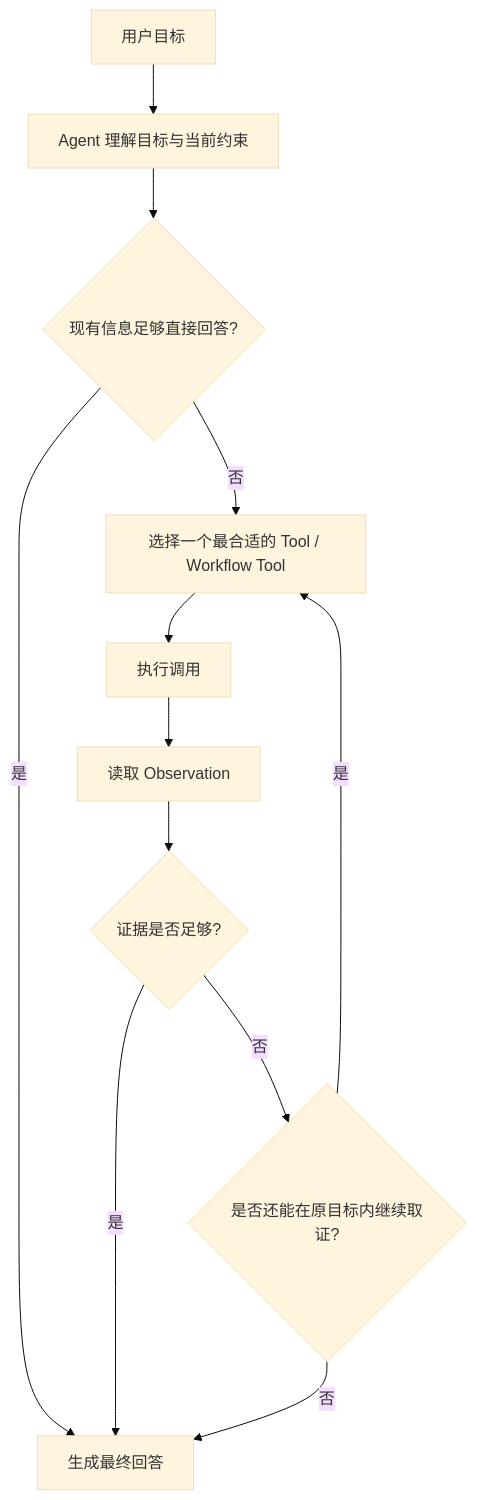
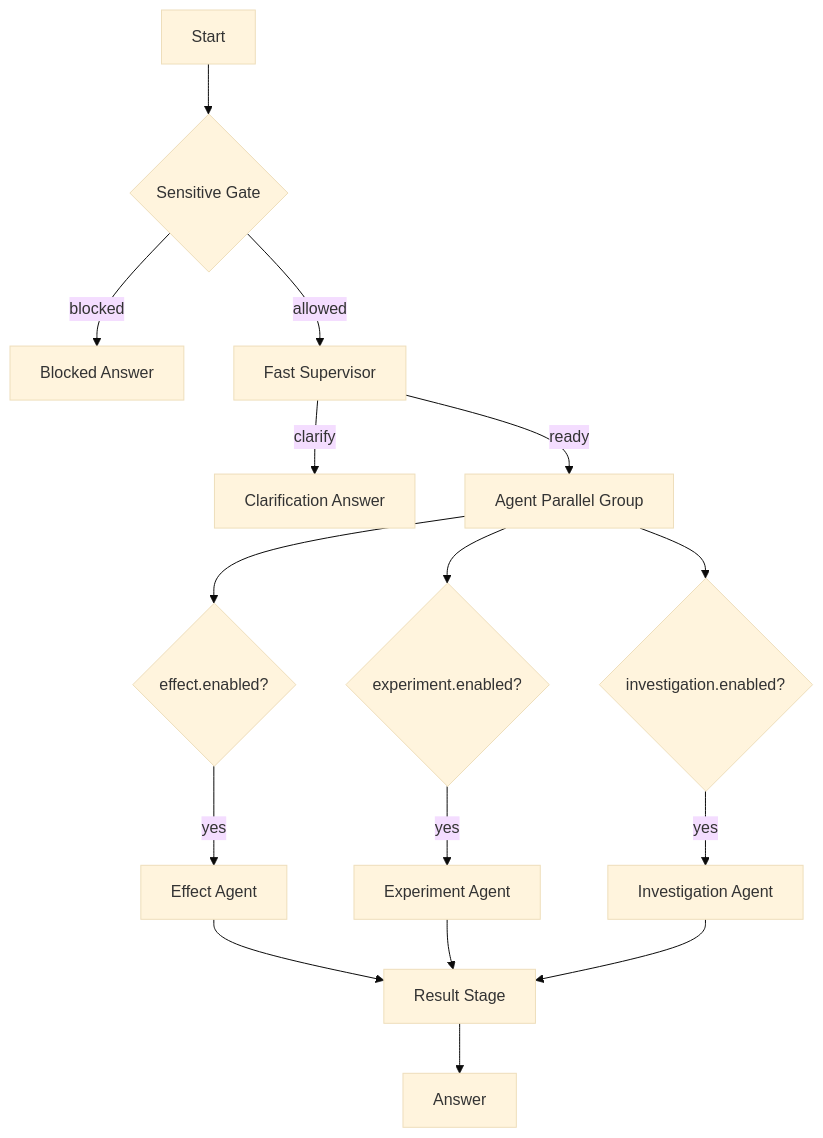
One commit to sgfd-ui/internship changed the second of 2 diagrams in weekly-report/rec-effect-dify-workflow-redesign.md. Above: the diagram before and after it, drawn with Mermaid (base theme). The commit also changed other lines of this file, not shown here.

Commit message:
Refactor recommendation analysis into fast-routed parallel sub-agents

````diff
--- a/weekly-report/rec-effect-dify-workflow-redesign.md
+++ b/weekly-report/rec-effect-dify-workflow-redesign.md
@@ -223,14 +124,23 @@
 ```mermaid
 flowchart TD
-    Q[用户目标] --> A1[Agent 理解目标与当前约束]
-    A1 --> J{现有信息足够直接回答?}
-    J -->|是| OUT[生成最终回答]
-    J -->|否| SEL[选择一个最合适的 Tool / Workflow Tool]
-    SEL --> CALL[执行调用]
-    CALL --> OBS[读取 Observation]
-    OBS --> K{证据是否足够?}
-    K -->|是| OUT
-    K -->|否| N{是否还能在原目标内继续取证?}
-    N -->|是| SEL
-    N -->|否| OUT
+    S[Start] --> G{Sensitive Gate}
+    G -->|blocked| B[Blocked Answer]
+    G -->|allowed| F[Fast Supervisor]
+
+    F -->|clarify| Q[Clarification Answer]
+    F -->|ready| P[Agent Parallel Group]
+
+    P --> E1{effect.enabled?}
+    P --> E2{experiment.enabled?}
+    P --> E3{investigation.enabled?}
+
+    E1 -->|yes| EA[Effect Agent]
+    E2 -->|yes| XA[Experiment Agent]
+    E3 -->|yes| IA[Investigation Agent]
+
+    EA --> R[Result Stage]
+    XA --> R
+    IA --> R
+
+    R --> A[Answer]
 ```
````
